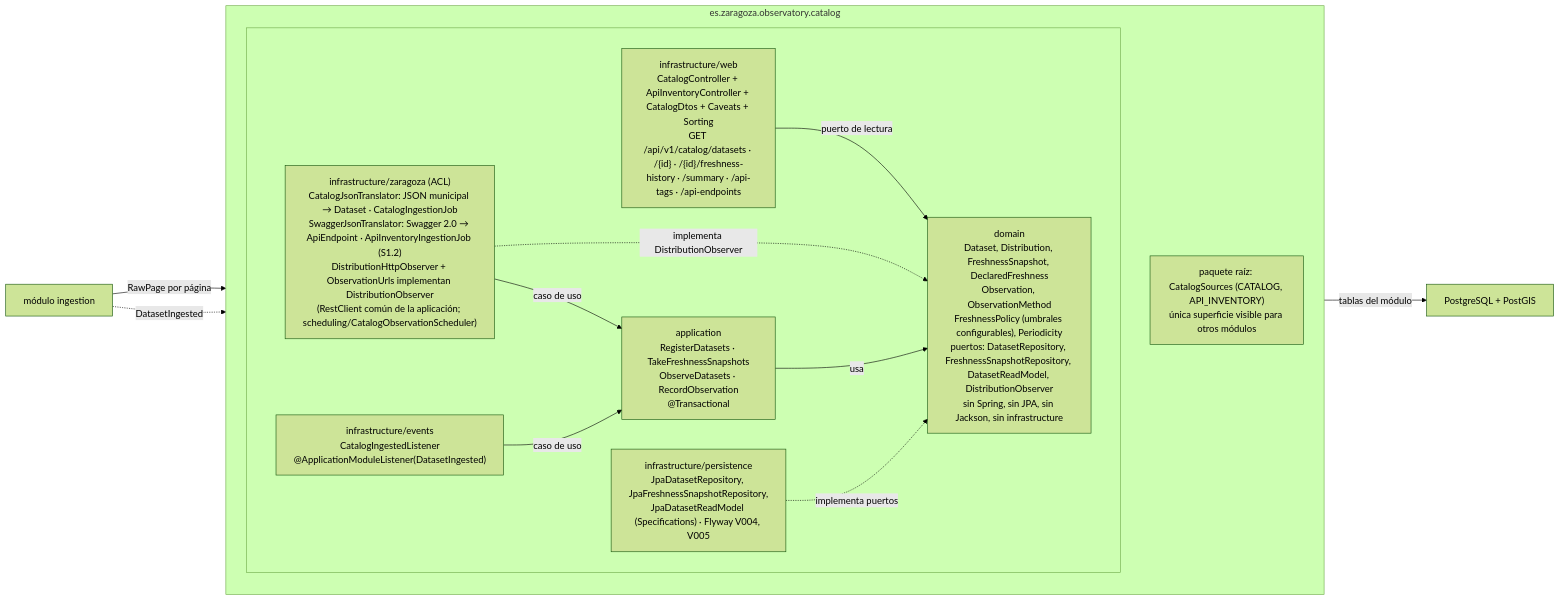
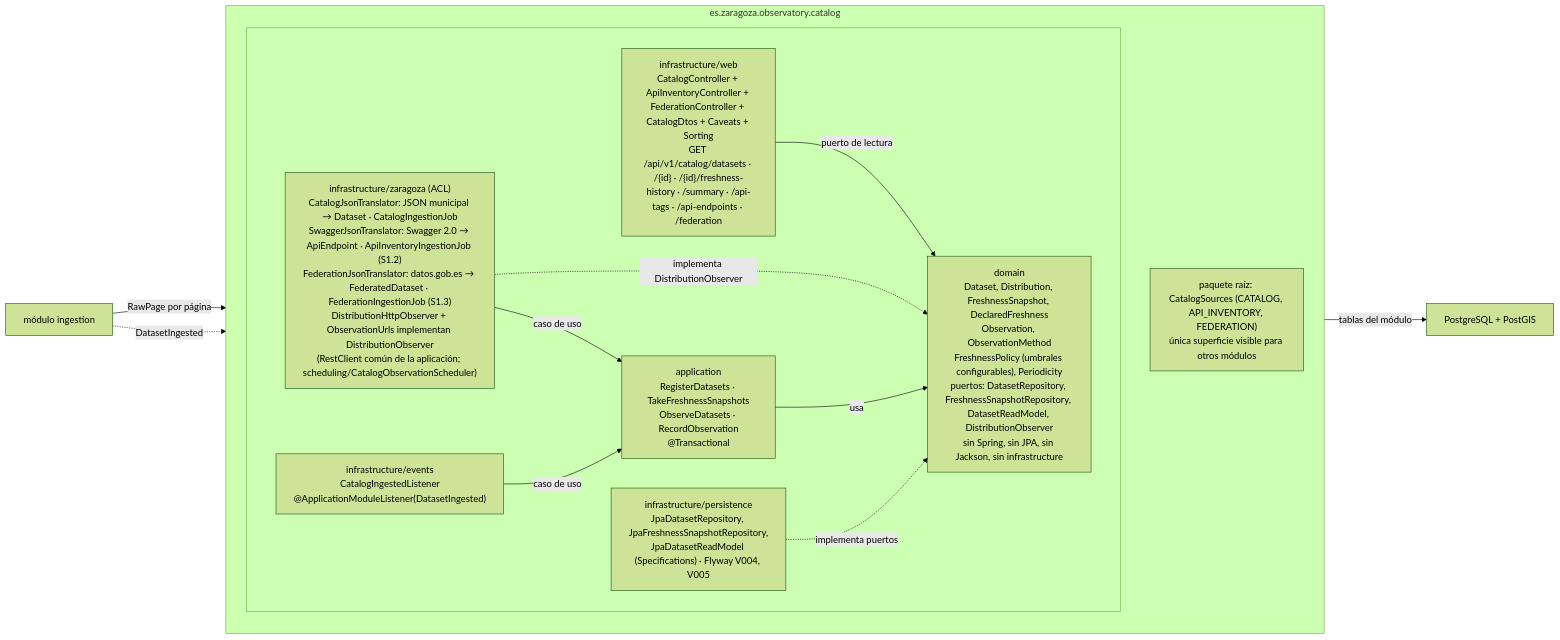
The third of 3 diagrams in docs/arquitectura.md (MarioNaya/zaragoza-observatorio), drawn with Mermaid (forest theme) before and after one commit. The commit also changed other lines of this file and 4 other files, not shown here.

First line of the commit message:
docs: ADR-007 (federación en datos.gob.es), SPEC v0.8, CLAUDE regla 25, README y arquitectura

````diff
--- a/docs/arquitectura.md
+++ b/docs/arquitectura.md
@@ -99,24 +100,24 @@
 ```mermaid
 flowchart LR
   subgraph MOD["es.zaragoza.observatory.catalog"]
     direction TB
-    APIP["paquete raíz: CatalogSources (CATALOG, API_INVENTORY)<br/>única superficie visible para otros módulos"]
+    APIP["paquete raíz: CatalogSources (CATALOG, API_INVENTORY, FEDERATION)<br/>única superficie visible para otros módulos"]
     subgraph HEX[" "]
       direction LR
-      WEB["infrastructure/web<br/>CatalogController + ApiInventoryController + CatalogDtos + Caveats + Sorting<br/>GET /api/v1/catalog/datasets · /{id} · /{id}/freshness-history · /summary · /api-tags · /api-endpoints"]
+      WEB["infrastructure/web<br/>CatalogController + ApiInventoryController + FederationController + CatalogDtos + Caveats + Sorting<br/>GET /api/v1/catalog/datasets · /{id} · /{id}/freshness-history · /summary · /api-tags · /api-endpoints · /federation"]
       APP["application<br/>RegisterDatasets · TakeFreshnessSnapshots<br/>ObserveDatasets · RecordObservation<br/>@Transactional"]
       DOMN["domain<br/>Dataset, Distribution, FreshnessSnapshot, DeclaredFreshness<br/>Observation, ObservationMethod<br/>FreshnessPolicy (umbrales configurables), Periodicity<br/>puertos: DatasetRepository, FreshnessSnapshotRepository, DatasetReadModel, DistributionObserver<br/>sin Spring, sin JPA, sin Jackson, sin infrastructure"]
-      ZGZ["infrastructure/zaragoza (ACL)<br/>CatalogJsonTranslator: JSON municipal → Dataset · CatalogIngestionJob<br/>SwaggerJsonTranslator: Swagger 2.0 → ApiEndpoint · ApiInventoryIngestionJob (S1.2)<br/>DistributionHttpObserver + ObservationUrls implementan DistributionObserver<br/>(RestClient común de la aplicación; scheduling/CatalogObservationScheduler)"]
+      ZGZ["infrastructure/zaragoza (ACL)<br/>CatalogJsonTranslator: JSON municipal → Dataset · CatalogIngestionJob<br/>SwaggerJsonTranslator: Swagger 2.0 → ApiEndpoint · ApiInventoryIngestionJob (S1.2)<br/>FederationJsonTranslator: datos.gob.es → FederatedDataset · FederationIngestionJob (S1.3)<br/>DistributionHttpObserver + ObservationUrls implementan DistributionObserver<br/>(RestClient común de la aplicación; scheduling/CatalogObservationScheduler)"]
       EVT["infrastructure/events<br/>CatalogIngestedListener<br/>@ApplicationModuleListener(DatasetIngested)"]
       PER["infrastructure/persistence<br/>JpaDatasetRepository, JpaFreshnessSnapshotRepository,<br/>JpaDatasetReadModel (Specifications) · Flyway V004, V005"]
       WEB -- "puerto de lectura" --> DOMN
       ZGZ -- "caso de uso" --> APP
       ZGZ -. "implementa DistributionObserver" .-> DOMN
       EVT -- "caso de uso" --> APP -- "usa" --> DOMN
       PER -. "implementa puertos" .-> DOMN
     end
   end
   INGX["módulo ingestion"] -- "RawPage por página" --> ZGZ
   INGX -. "DatasetIngested" .-> EVT
   PER -- "tablas del módulo" --> PG["PostgreSQL + PostGIS"]
 ```
````
